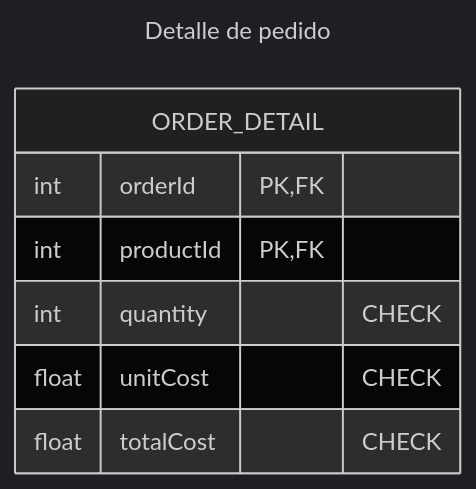
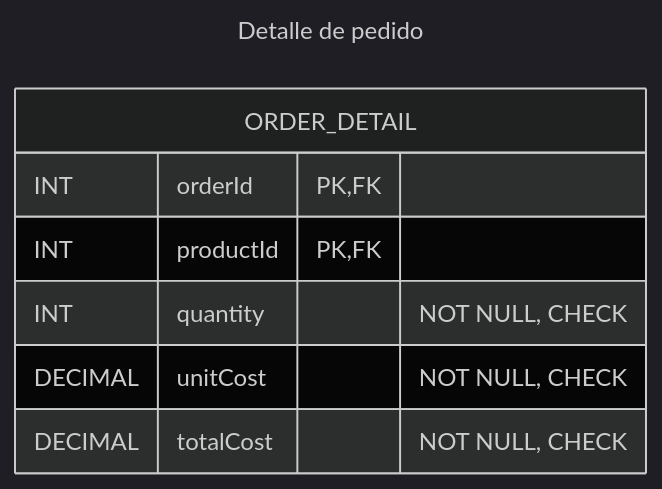
Diagram 28 of 30 in 4to-Cuatrimestre/fundamentos-base-datos/proyecto/proyecto.md (rosendocamal/homeworks), drawn with Mermaid (dark theme) before and after one commit. The commit also changed other lines of this file and 1 other file, not shown here.

````diff
--- a/4to-Cuatrimestre/fundamentos-base-datos/proyecto/proyecto.md
+++ b/4to-Cuatrimestre/fundamentos-base-datos/proyecto/proyecto.md
@@ -523,13 +523,13 @@
 ```mermaid
 ---
 title: Detalle de pedido
 ---
 erDiagram
 	ORDER_DETAIL {
-		int orderId PK,FK
-		int productId PK,FK
-		int quantity "CHECK"
-		float unitCost "CHECK"
-		float totalCost "CHECK"
+		INT orderId PK,FK
+		INT productId PK,FK
+		INT quantity "NOT NULL, CHECK"
+		DECIMAL unitCost "NOT NULL, CHECK"
+		DECIMAL totalCost "NOT NULL, CHECK"
 	}
 ```
````
